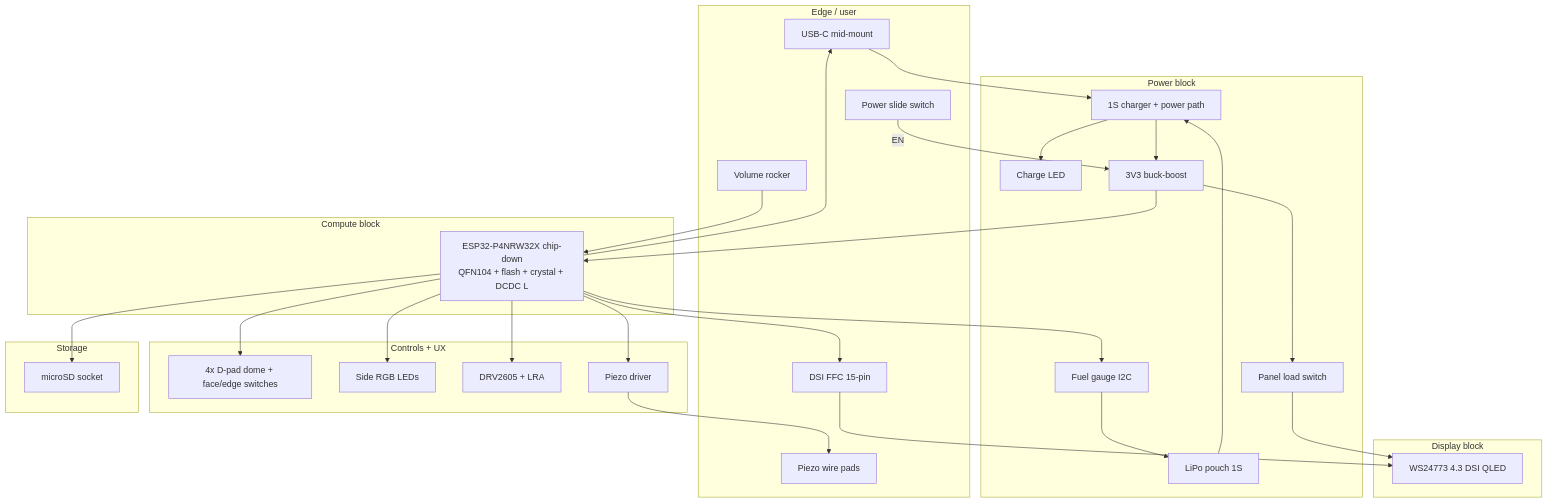
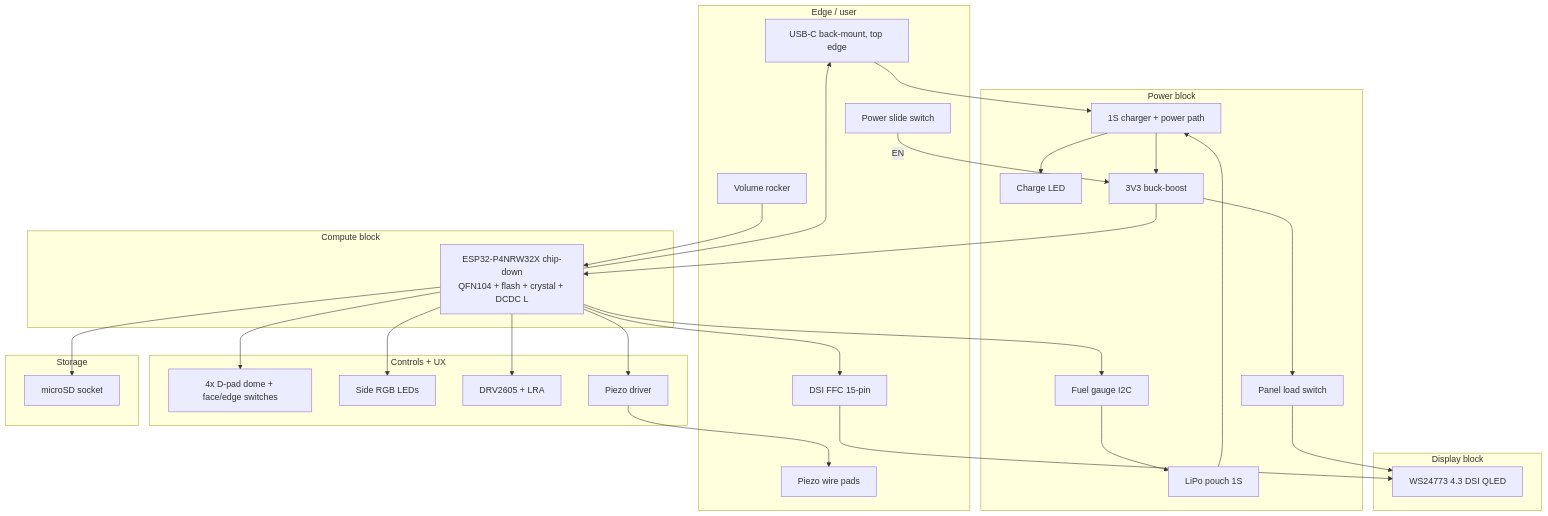
Before and after one commit to increpare/PuzzleScript-labs: the diagram in hardware/card/BLOCK_DIAGRAM.md, drawn with Mermaid. The commit also changed other lines of this file and 12 other files, not shown here.

First line of the commit message:
hardware: back-mount the USB-C with a rear-shell bump; lock battery requirements

````diff
--- a/hardware/card/BLOCK_DIAGRAM.md
+++ b/hardware/card/BLOCK_DIAGRAM.md
@@ -11,59 +11,59 @@
 ```mermaid
 flowchart TB
     subgraph edge [Edge / user]
-        USBC[USB-C mid-mount]
+        USBC[USB-C back-mount, top edge]
         PWR[Power slide switch]
         VOL[Volume rocker]
         FFC[DSI FFC 15-pin]
         PIEZO_PADS[Piezo wire pads]
     end
 
     subgraph power [Power block]
         CHG[1S charger + power path]
         CHGLED[Charge LED]
         GAUGE[Fuel gauge I2C]
         BUCK[3V3 buck-boost]
         PANEL_SW[Panel load switch]
         CELL[LiPo pouch 1S]
     end
 
     subgraph compute [Compute block]
         MOD[ESP32-P4NRW32X chip-down<br/>QFN104 + flash + crystal + DCDC L]
     end
 
     subgraph display [Display block]
         PANEL[WS24773 4.3 DSI QLED]
     end
 
     subgraph io [Controls + UX]
         SW[4x D-pad dome + face/edge switches]
         RGB[Side RGB LEDs]
         LRA[DRV2605 + LRA]
         PZ_DRV[Piezo driver]
     end
 
     subgraph storage [Storage]
         SD[microSD socket]
     end
 
     USBC --> CHG
     CELL --> CHG
     CHG --> CHGLED
     PWR -->|EN| BUCK
     CHG --> BUCK
     BUCK --> MOD
     BUCK --> PANEL_SW
     PANEL_SW --> PANEL
     GAUGE --> CELL
     MOD --> GAUGE
     MOD --> FFC
     FFC --> PANEL
     MOD --> SW
     MOD --> RGB
     MOD --> LRA
     MOD --> PZ_DRV
     PZ_DRV --> PIEZO_PADS
     MOD --> SD
     MOD --> USBC
     VOL --> MOD
 ```
````
